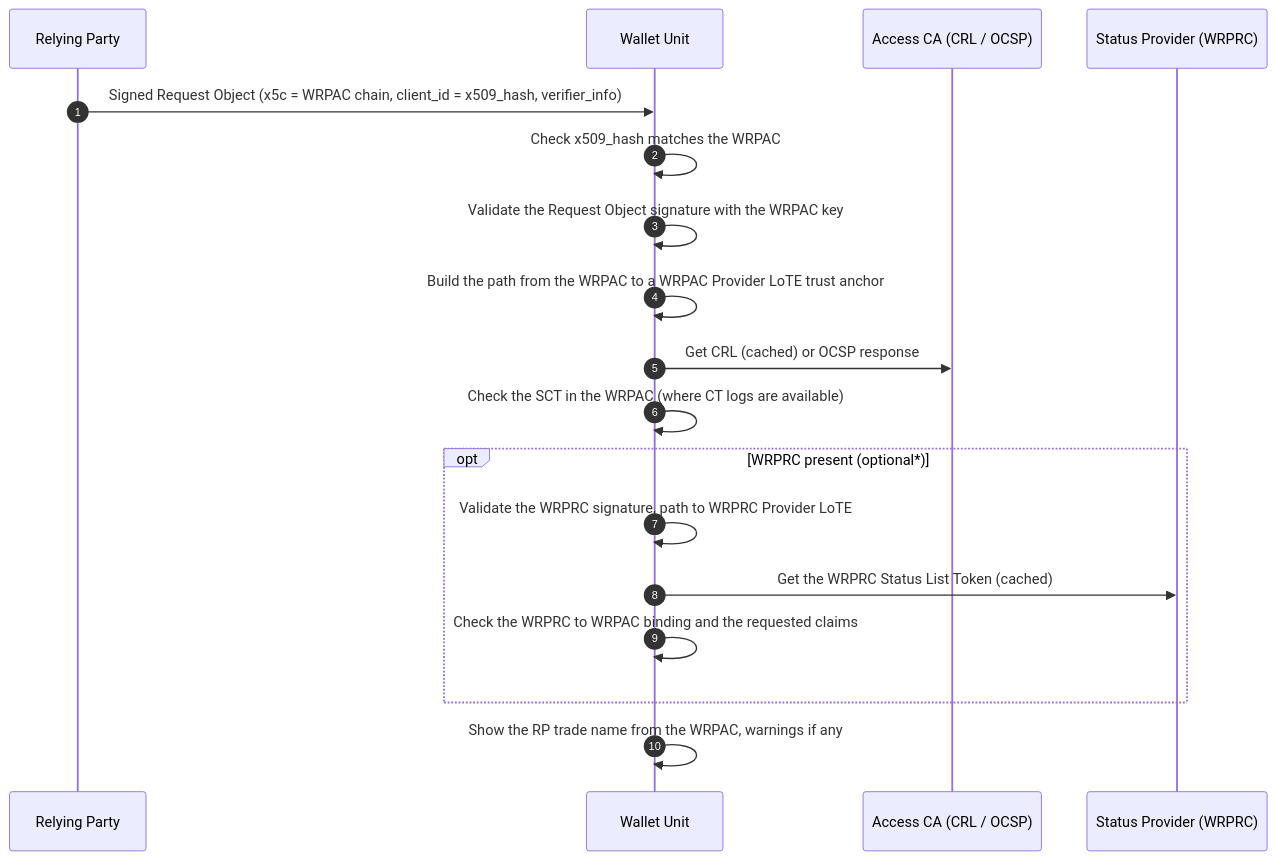
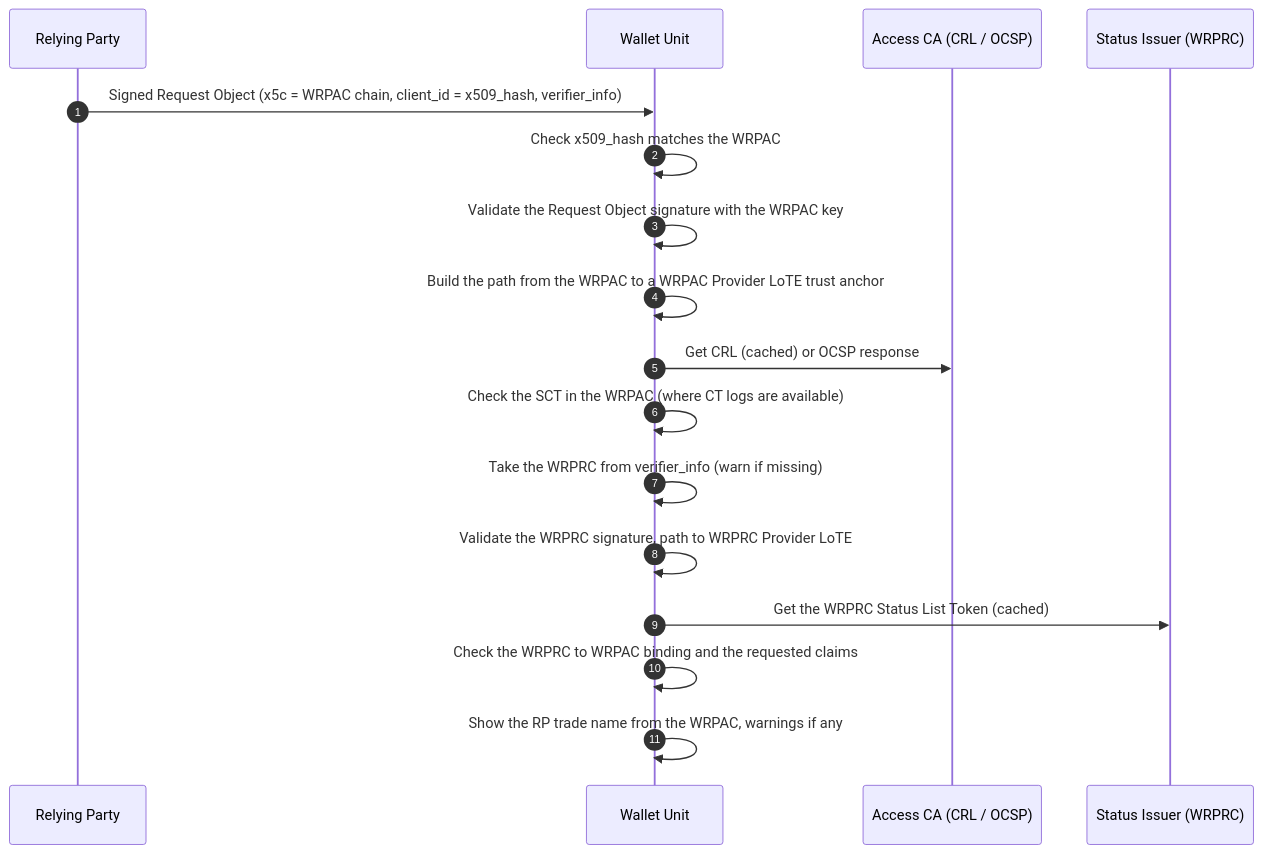
Before and after one commit to webuild-consortium/wp4-architecture: the second of 2 diagrams in conformance-specs/cs-18-baseline-trust-validation.md, drawn with Mermaid. The commit also changed other lines of this file, not shown here.

````diff
--- a/conformance-specs/cs-18-baseline-trust-validation.md
+++ b/conformance-specs/cs-18-baseline-trust-validation.md
@@ -199,20 +206,19 @@
 ```mermaid
 sequenceDiagram
     autonumber
     participant RP as Relying Party
     participant WU as Wallet Unit
     participant AC as Access CA (CRL / OCSP)
-    participant SP as Status Provider (WRPRC)
+    participant SP as Status Issuer (WRPRC)
     RP->>WU: Signed Request Object (x5c = WRPAC chain, client_id = x509_hash, verifier_info)
     WU->>WU: Check x509_hash matches the WRPAC
     WU->>WU: Validate the Request Object signature with the WRPAC key
     WU->>WU: Build the path from the WRPAC to a WRPAC Provider LoTE trust anchor
     WU->>AC: Get CRL (cached) or OCSP response
     WU->>WU: Check the SCT in the WRPAC (where CT logs are available)
-    opt WRPRC present (optional*)
-        WU->>WU: Validate the WRPRC signature, path to WRPRC Provider LoTE
-        WU->>SP: Get the WRPRC Status List Token (cached)
-        WU->>WU: Check the WRPRC to WRPAC binding and the requested claims
-    end
+    WU->>WU: Take the WRPRC from verifier_info (warn if missing)
+    WU->>WU: Validate the WRPRC signature, path to WRPRC Provider LoTE
+    WU->>SP: Get the WRPRC Status List Token (cached)
+    WU->>WU: Check the WRPRC to WRPAC binding and the requested claims
     WU->>WU: Show the RP trade name from the WRPAC, warnings if any
 ```
````
